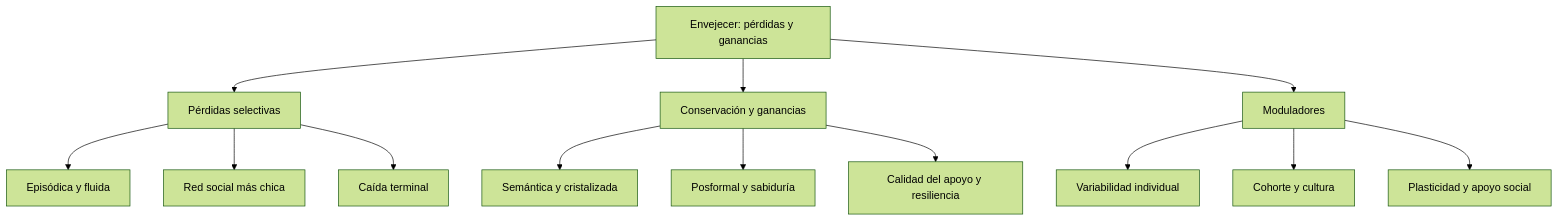
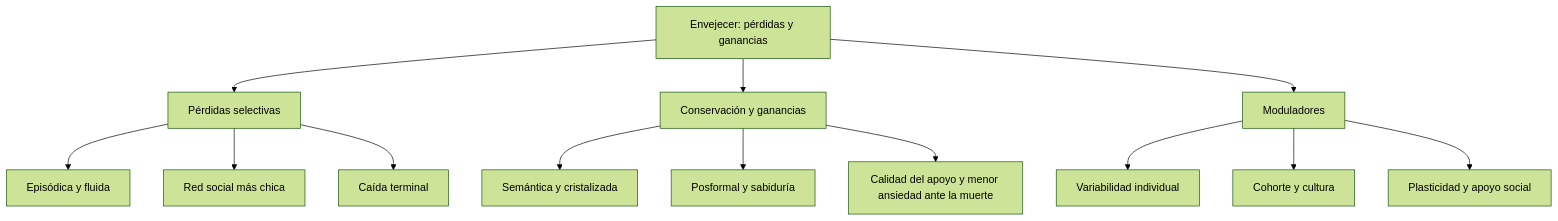
One commit to Franco4447/psicologia-favaloro changed the diagram in 2do Año/Psicología Evolutiva/3_Guias_de_Estudio/_media/Transversal_PerdidasYGanancias_01.mmd. Above: the diagram before and after it, drawn with Mermaid (forest theme). The commit also changed 11 other files, not shown here.

```diff
--- a/2do Año/Psicología Evolutiva/3_Guias_de_Estudio/_media/Transversal_PerdidasYGanancias_01.mmd
+++ b/2do Año/Psicología Evolutiva/3_Guias_de_Estudio/_media/Transversal_PerdidasYGanancias_01.mmd
@@ -1,13 +1,13 @@
 graph TD
     E[Envejecer: pérdidas y ganancias] --> P[Pérdidas selectivas]
     E --> G[Conservación y ganancias]
     E --> M[Moduladores]
     P --> P1[Episódica y fluida]
     P --> P2[Red social más chica]
     P --> P3[Caída terminal]
     G --> G1[Semántica y cristalizada]
     G --> G2[Posformal y sabiduría]
-    G --> G3[Calidad del apoyo y resiliencia]
+    G --> G3[Calidad del apoyo y menor ansiedad ante la muerte]
     M --> M1[Variabilidad individual]
     M --> M2[Cohorte y cultura]
     M --> M3[Plasticidad y apoyo social]
```
